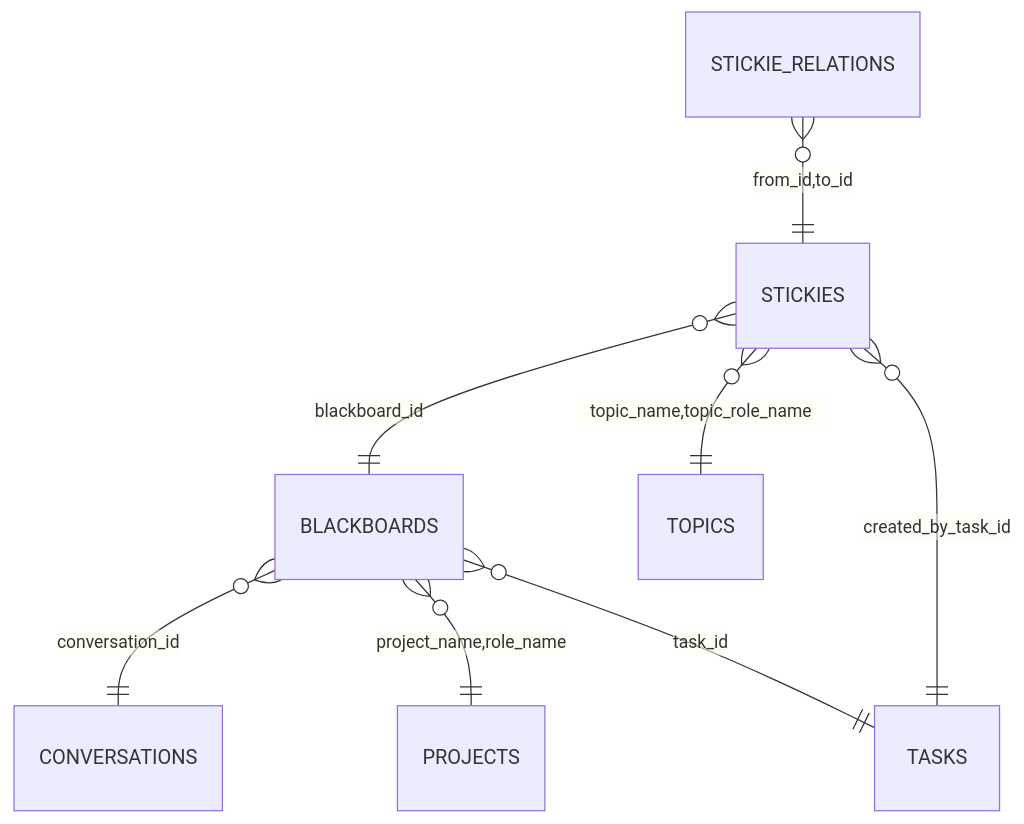
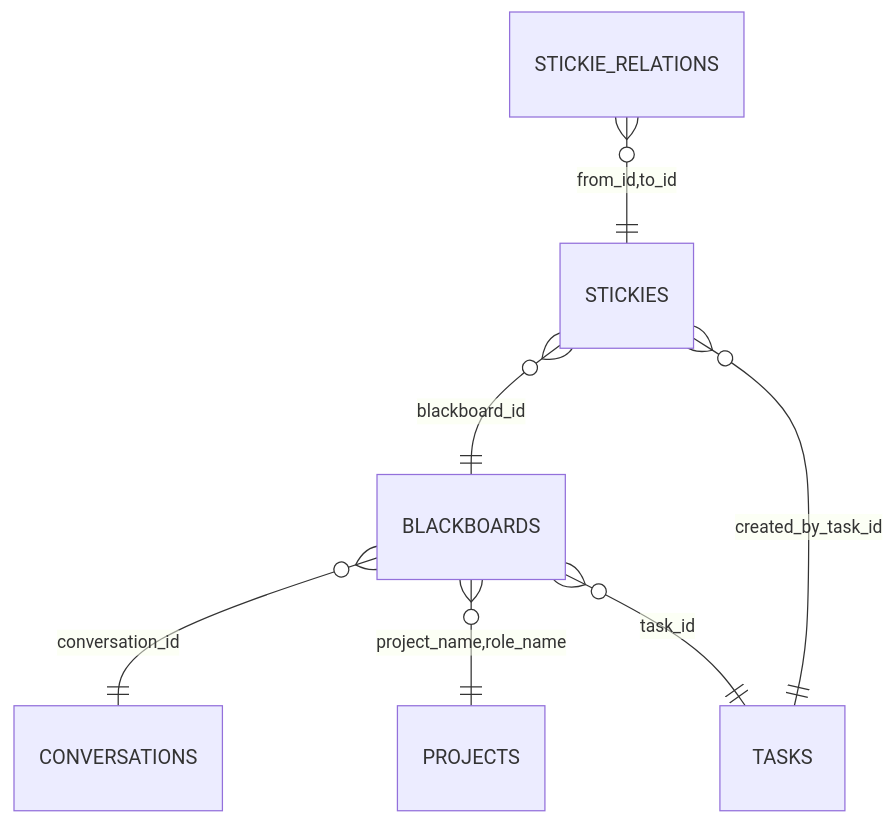
One commit to flarebyte/baldrick-rebec changed the diagram in BLACKBOARD_ARCHITECTURE.md. Above: the diagram before and after it, drawn with Mermaid. The commit also changed other lines of this file and 18 other files, not shown here.

````diff
--- a/BLACKBOARD_ARCHITECTURE.md
+++ b/BLACKBOARD_ARCHITECTURE.md
@@ -13,12 +13,12 @@
 ```mermaid
 erDiagram
   STICKIES }o--|| BLACKBOARDS : "blackboard_id"
   STICKIE_RELATIONS }o--|| STICKIES : "from_id,to_id"
 
   BLACKBOARDS }o--|| CONVERSATIONS : "conversation_id"
   BLACKBOARDS }o--|| PROJECTS : "project_name,role_name"
   BLACKBOARDS }o--|| TASKS : "task_id"
 
   STICKIES }o--|| TASKS : "created_by_task_id"
-  STICKIES }o--|| TOPICS : "topic_name,topic_role_name"
+  %% topics removed from stickies; use labels for categorization
 ```
````
